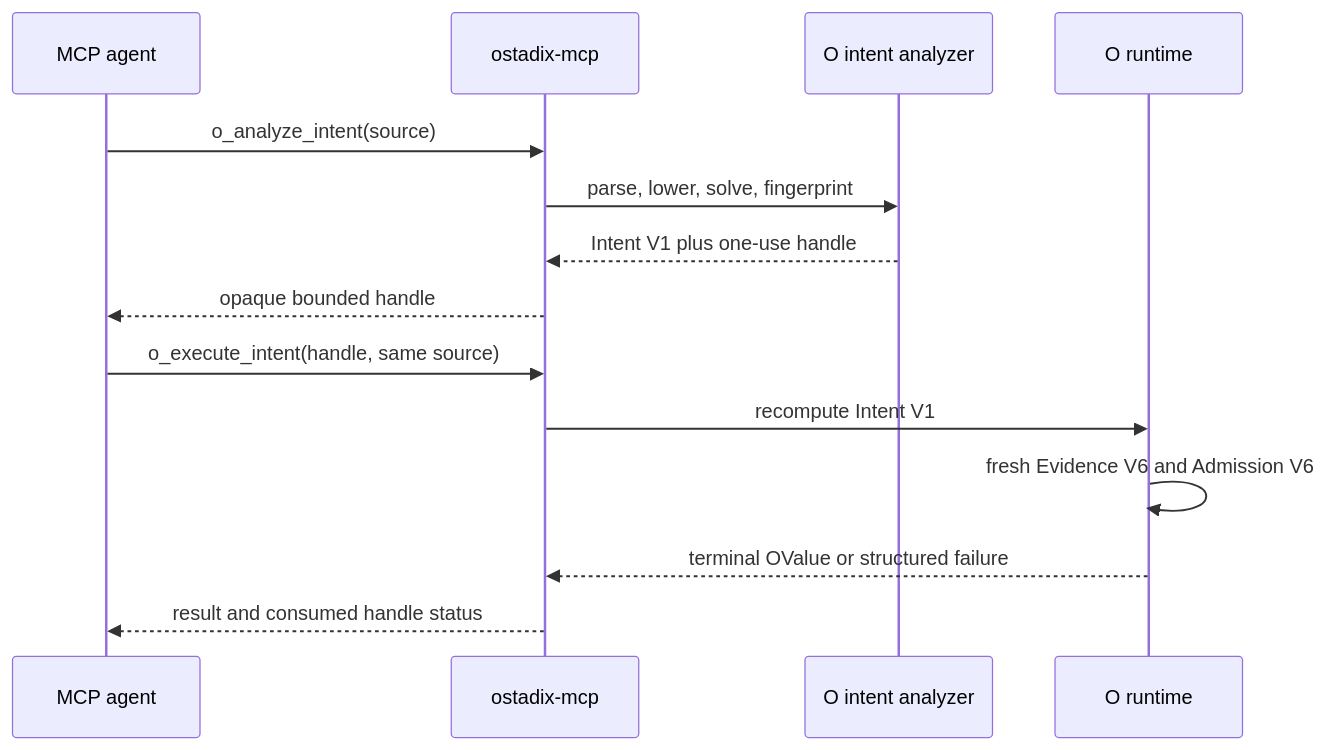
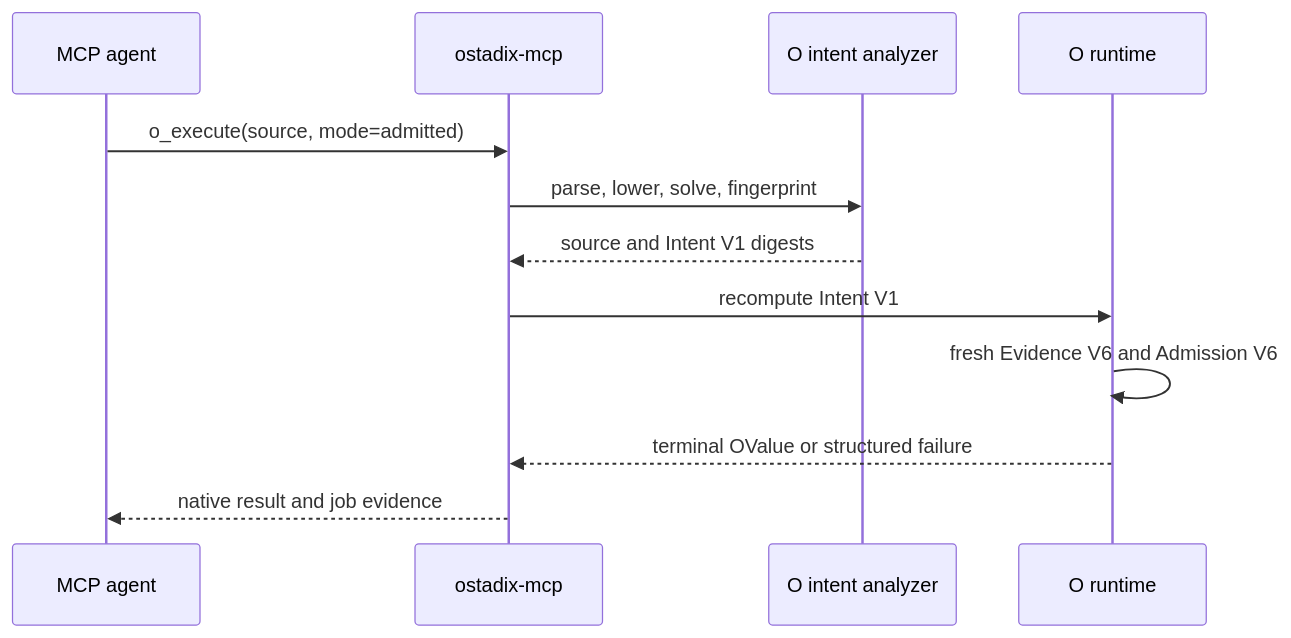
The fourth of 6 diagrams in README.md (lostadi/OSTADIX), drawn with Mermaid before and after one commit. The commit also changed other lines of this file and 11 other files, not shown here.

First line of the commit message:
Add source-first unified MCP computation interface

````diff
--- a/README.md
+++ b/README.md
@@ -1101,17 +1108,15 @@
 ```mermaid
 sequenceDiagram
     participant Agent as MCP agent
     participant MCP as ostadix-mcp
     participant Analyzer as O intent analyzer
     participant Runtime as O runtime
 
-    Agent->>MCP: o_analyze_intent(source)
+    Agent->>MCP: o_execute(source, mode=admitted)
     MCP->>Analyzer: parse, lower, solve, fingerprint
-    Analyzer-->>MCP: Intent V1 plus one-use handle
-    MCP-->>Agent: opaque bounded handle
-    Agent->>MCP: o_execute_intent(handle, same source)
+    Analyzer-->>MCP: source and Intent V1 digests
     MCP->>Runtime: recompute Intent V1
     Runtime->>Runtime: fresh Evidence V6 and Admission V6
     Runtime-->>MCP: terminal OValue or structured failure
-    MCP-->>Agent: result and consumed handle status
+    MCP-->>Agent: native result and job evidence
 ```
````
